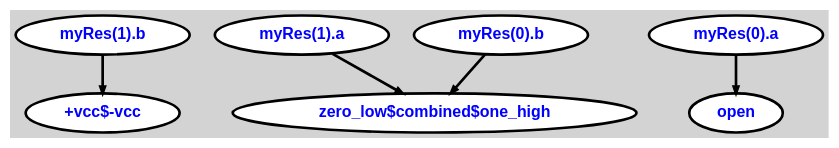
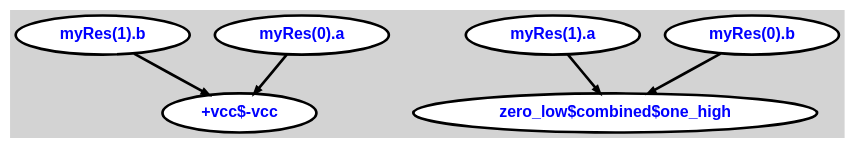
The diagram in phdl/test_graph_merged.dot (Augertron/PHDL.eclipse), drawn with Graphviz before and after one commit. The commit also changed 63 other files, not shown here.

```diff
--- a/phdl/test_graph_merged.dot
+++ b/phdl/test_graph_merged.dot
@@ -1,18 +1,17 @@
 digraph {
 
 ordering=out;
 	ranksep=.4;
 	bgcolor="lightgrey"; node [fixedsize=false, fontsize=12, fontname="Helvetica-bold", fontcolor="blue"
 		width=.25, height=.25, color="black", fillcolor="white", style="filled, solid, bold"];
 	edge [arrowsize=.5, color="black", style="bold"]  n0 [label="+vcc$-vcc"];
   n1 [label="zero_low$combined$one_high"];
-  n2 [label="open"];
   p0 [label="myRes(1).a"];
   p1 [label="myRes(1).b"];
   p2 [label="myRes(0).a"];
   p3 [label="myRes(0).b"];
   p0 -> n1;
   p1 -> n0;
-  p2 -> n2;
+  p2 -> n0;
   p3 -> n1;
 }
```
